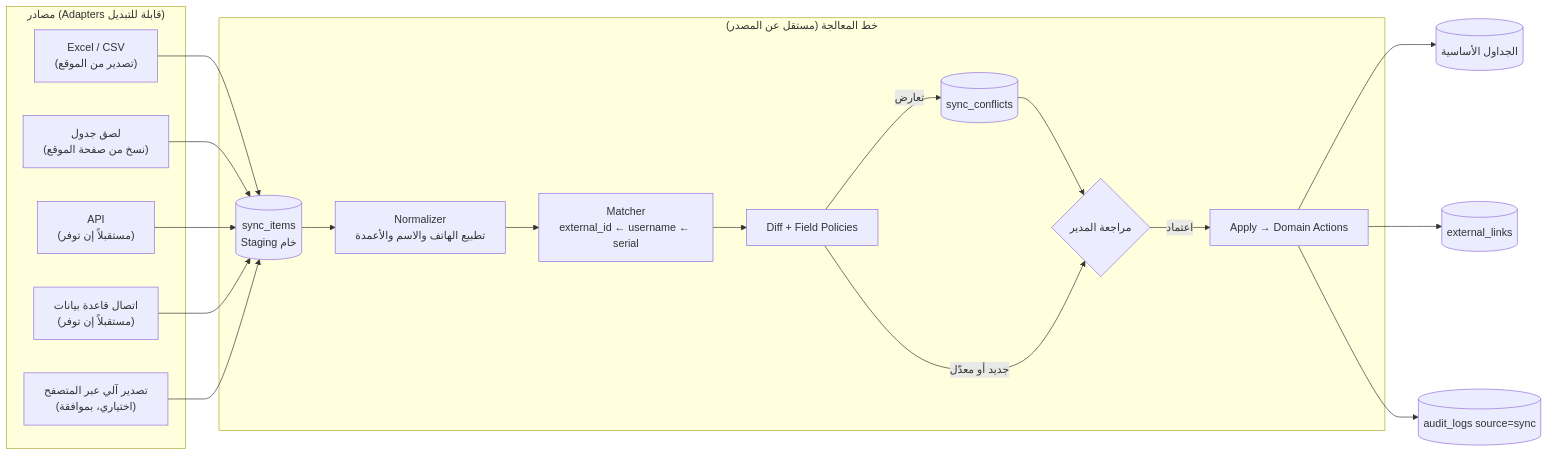
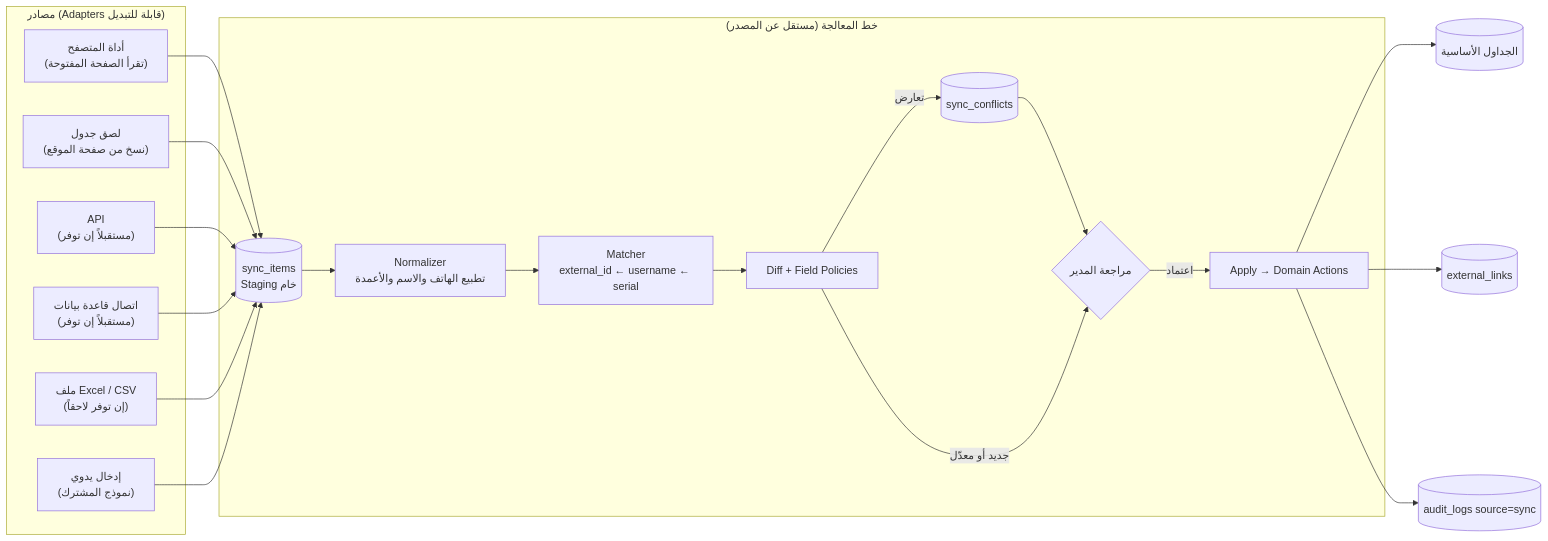
One commit to omarsky1992/test changed the diagram in docs/architecture/07-integration.md. Above: the diagram before and after it, drawn with Mermaid. The commit also changed other lines of this file and 7 other files, not shown here.

First line of the commit message:
Revise architecture after second review round

````diff
--- a/docs/architecture/07-integration.md
+++ b/docs/architecture/07-integration.md
@@ -20,25 +20,26 @@
 ```mermaid
 flowchart LR
     subgraph Sources["مصادر (Adapters قابلة للتبديل)"]
-        X1["Excel / CSV\n(تصدير من الموقع)"]
         X2["لصق جدول\n(نسخ من صفحة الموقع)"]
+        X6["إدخال يدوي\n(نموذج المشترك)"]
+        X1["أداة المتصفح\n(تقرأ الصفحة المفتوحة)"]
         X3["API\n(مستقبلاً إن توفر)"]
         X4["اتصال قاعدة بيانات\n(مستقبلاً إن توفر)"]
-        X5["تصدير آلي عبر المتصفح\n(اختياري، بموافقة)"]
+        X5["ملف Excel / CSV\n(إن توفر لاحقاً)"]
     end
     subgraph Pipeline["خط المعالجة (مستقل عن المصدر)"]
         ST[(sync_items\nStaging خام)]
         N[Normalizer\nتطبيع الهاتف والاسم والأعمدة]
         M[Matcher\nexternal_id ← username ← serial]
         D[Diff + Field Policies]
         C[(sync_conflicts)]
         R{مراجعة المدير}
         AP[Apply → Domain Actions]
     end
-    X1 & X2 & X3 & X4 & X5 --> ST --> N --> M --> D
+    X1 & X2 & X3 & X4 & X5 & X6 --> ST --> N --> M --> D
     D -->|تعارض| C --> R
     D -->|جديد أو معدّل| R
     R -->|اعتماد| AP --> DB[(الجداول الأساسية)]
     AP --> EL[(external_links)]
     AP --> AU[(audit_logs source=sync)]
 ```
````
